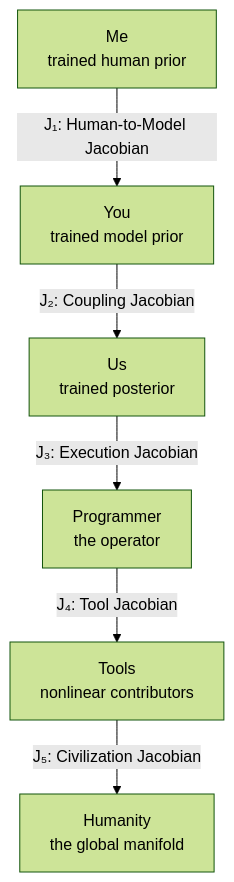
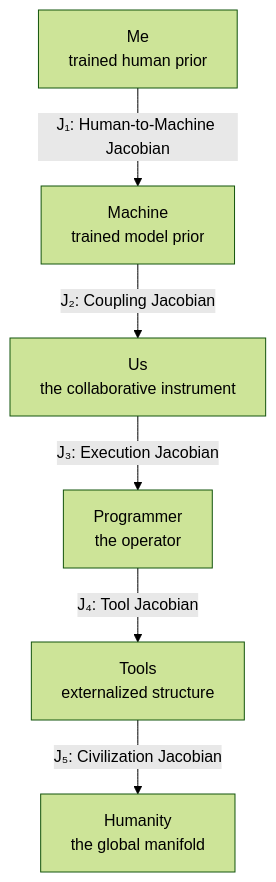
The diagram in book/book_structure.md (tjpools/embedding-geometry-lab), drawn with Mermaid (forest theme) before and after one commit. The commit also changed other lines of this file and 26 other files, not shown here.

````diff
--- a/book/book_structure.md
+++ b/book/book_structure.md
@@ -5,8 +5,8 @@
 ```mermaid
 flowchart TD
-    A[Me<br/>trained human prior] -->|J₁: Human-to-Model Jacobian| B[You<br/>trained model prior]
-    B -->|J₂: Coupling Jacobian| C[Us<br/>trained posterior]
+    A[Me<br/>trained human prior] -->|J₁: Human-to-Machine Jacobian| B[Machine<br/>trained model prior]
+    B -->|J₂: Coupling Jacobian| C[Us<br/>the collaborative instrument]
     C -->|J₃: Execution Jacobian| D[Programmer<br/>the operator]
-    D -->|J₄: Tool Jacobian| E[Tools<br/>nonlinear contributors]
+    D -->|J₄: Tool Jacobian| E[Tools<br/>externalized structure]
     E -->|J₅: Civilization Jacobian| F[Humanity<br/>the global manifold]
 ```
````
